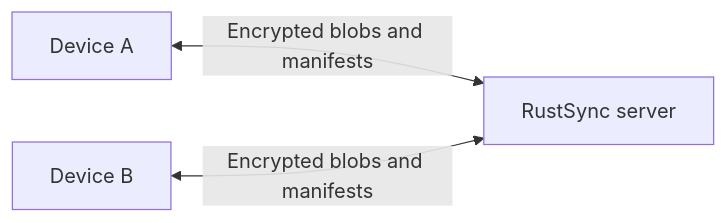
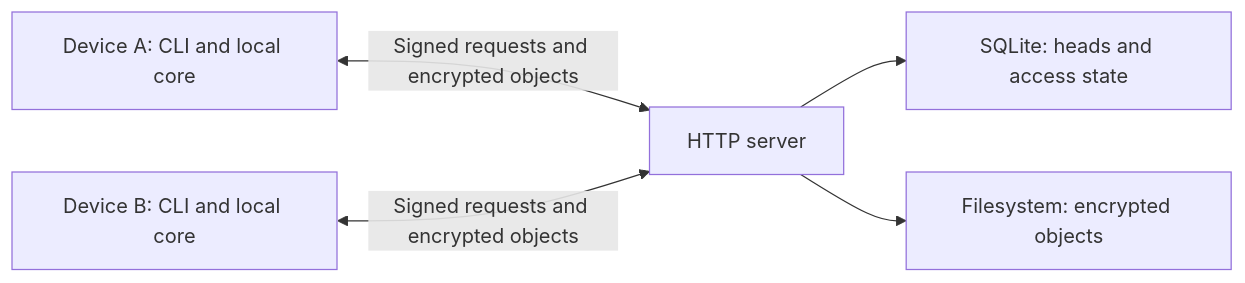
Before and after one commit to evgen2571/rustsync: the diagram in README.md, drawn with Mermaid. The commit also changed other lines of this file and 12 other files, not shown here.

````diff
--- a/README.md
+++ b/README.md
@@ -23,5 +21,7 @@
 ```mermaid
 flowchart LR
-    A[Device A] <-->|Encrypted blobs and manifests| S[RustSync server]
-    B[Device B] <-->|Encrypted blobs and manifests| S
+    A[Device A: CLI and local core] <-->|Signed requests and encrypted objects| S[HTTP server]
+    B[Device B: CLI and local core] <-->|Signed requests and encrypted objects| S
+    S --> DB[SQLite: heads and access state]
+    S --> FS[Filesystem: encrypted objects]
 ```
````
